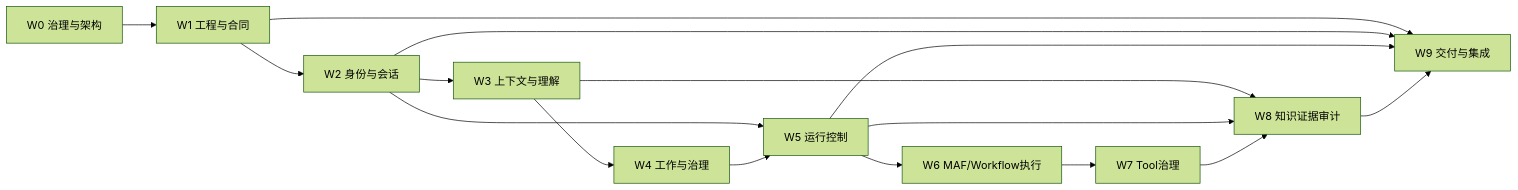
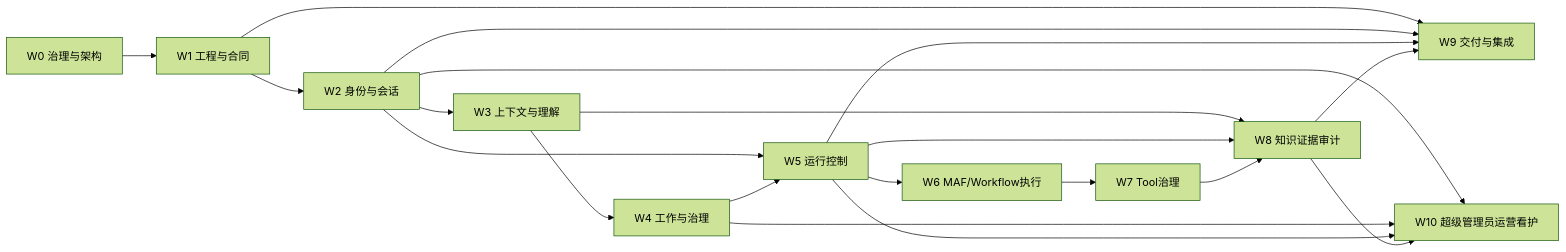
One commit to later-3/Chat changed the diagram in PROJECT_PLAN.md. Above: the diagram before and after it, drawn with Mermaid (forest theme). The commit also changed other lines of this file and 129 other files, not shown here.

````diff
--- a/PROJECT_PLAN.md
+++ b/PROJECT_PLAN.md
@@ -38,18 +39,22 @@
 ```mermaid
 flowchart LR
     W0["W0 治理与架构"] --> W1["W1 工程与合同"]
     W1 --> W2["W2 身份与会话"]
     W2 --> W3["W3 上下文与理解"]
     W3 --> W4["W4 工作与治理"]
     W2 --> W5["W5 运行控制"]
     W4 --> W5
     W5 --> W6["W6 MAF/Workflow执行"]
     W6 --> W7["W7 Tool治理"]
     W3 --> W8["W8 知识证据审计"]
     W5 --> W8
     W7 --> W8
     W1 --> W9["W9 交付与集成"]
     W2 --> W9
     W5 --> W9
     W8 --> W9
+    W2 --> W10["W10 超级管理员运营看护"]
+    W4 --> W10
+    W5 --> W10
+    W8 --> W10
 ```
````
